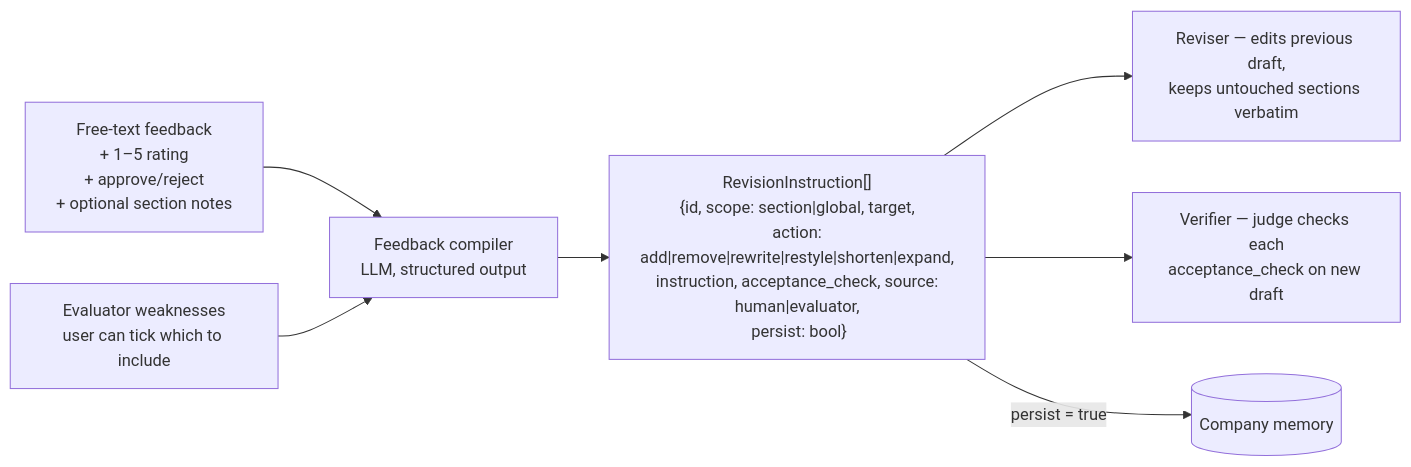
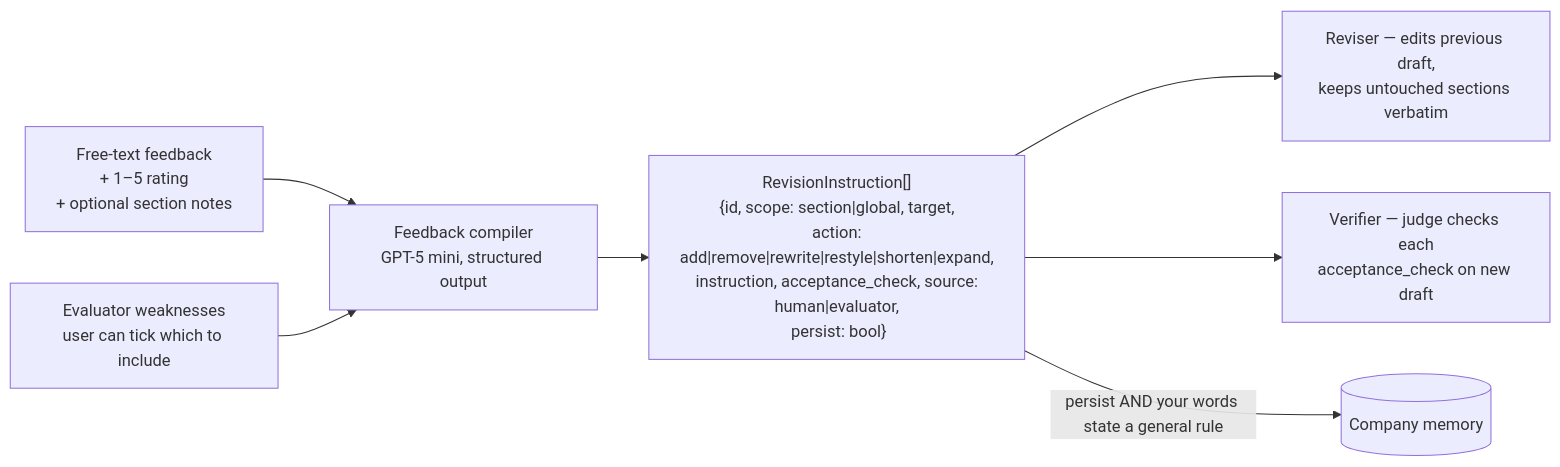
Before and after one commit to mdimran29/VRYSE-AI-blog-writing: the second of 2 diagrams in ARCHITECTURE.md, drawn with Mermaid. The commit also changed other lines of this file and 23 other files, not shown here.

````diff
--- a/ARCHITECTURE.md
+++ b/ARCHITECTURE.md
@@ -193,9 +196,9 @@
 ```mermaid
 flowchart LR
-    F[Free-text feedback<br/>+ 1–5 rating<br/>+ approve/reject<br/>+ optional section notes] --> C[Feedback compiler<br/>LLM, structured output]
+    F[Free-text feedback<br/>+ 1–5 rating<br/>+ optional section notes] --> C[Feedback compiler<br/>GPT-5 mini, structured output]
     E[Evaluator weaknesses<br/>user can tick which to include] --> C
     C --> I["RevisionInstruction[]<br/>{id, scope: section|global, target,<br/> action: add|remove|rewrite|restyle|shorten|expand,<br/> instruction, acceptance_check, source: human|evaluator,<br/> persist: bool}"]
     I --> R[Reviser — edits previous draft,<br/>keeps untouched sections verbatim]
     I --> V[Verifier — judge checks each<br/>acceptance_check on new draft]
-    I -->|persist = true| M[(Company memory)]
+    I -->|persist AND your words state a general rule| M[(Company memory)]
 ```
````
